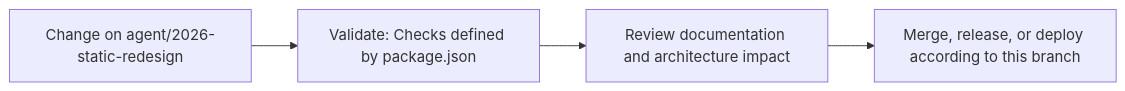
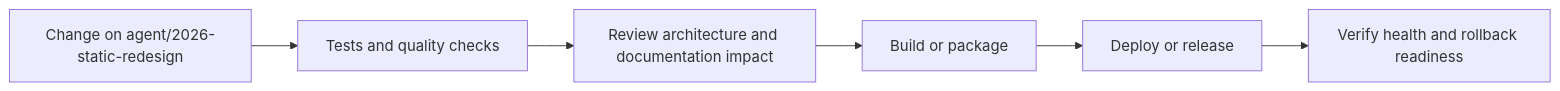
Before and after one commit to Nischhalsubba/rismfp-ui: the fourth of 5 diagrams in README.md, drawn with Mermaid. The commit also changed other lines of this file, not shown here.

````diff
--- a/README.md
+++ b/README.md
@@ -63,8 +133,8 @@
 ```mermaid
 flowchart LR
-    CHANGE["Change on agent/2026-static-redesign"]
-    CHECK["Validate: Checks defined by package.json"]
-    REVIEW["Review documentation and architecture impact"]
-    RELEASE["Merge, release, or deploy according to this branch"]
-    CHANGE --> CHECK --> REVIEW --> RELEASE
+    CHANGE["Change on agent/2026-static-redesign"] --> CHECK["Tests and quality checks"]
+    CHECK --> REVIEW["Review architecture and documentation impact"]
+    REVIEW --> BUILD["Build or package"]
+    BUILD --> DEPLOY["Deploy or release"]
+    DEPLOY --> VERIFY["Verify health and rollback readiness"]
 ```
````
